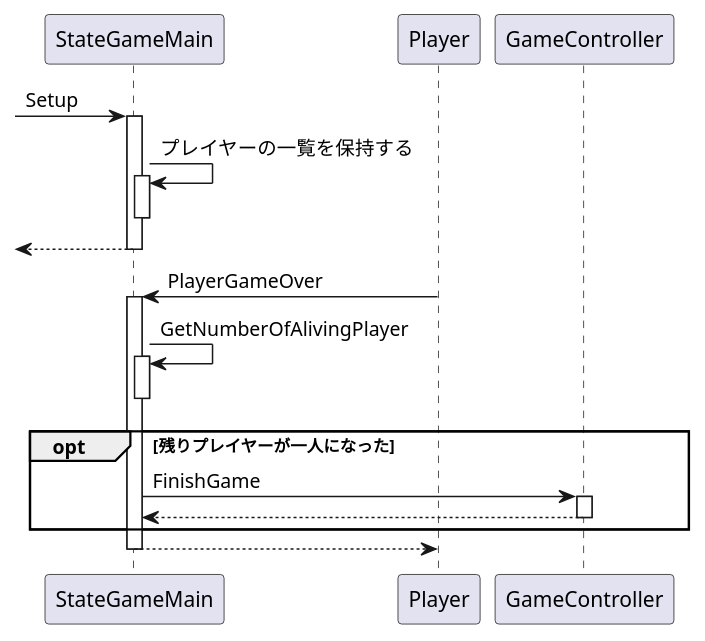
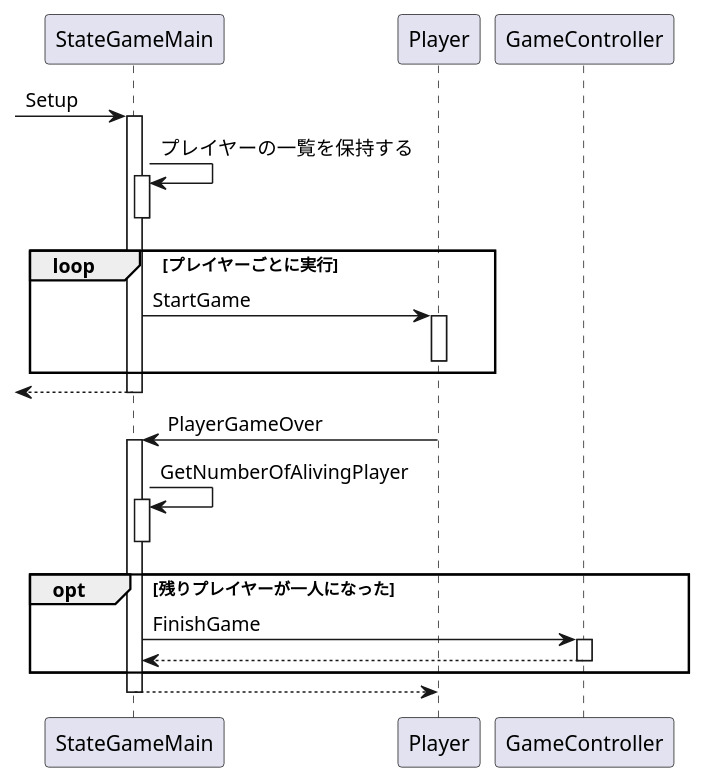
Before and after one commit to azarashin/UnityTetris: the diagram in Documents/PlantUML/SD_StateGameMain.pu, drawn with PlantUML. The commit also changed 7 other files, not shown here.

Commit message:
設計図を更新・修正。

```diff
--- a/Documents/PlantUML/SD_StateGameMain.pu
+++ b/Documents/PlantUML/SD_StateGameMain.pu
@@ -1,26 +1,31 @@
 @startuml
 
 
 [-> StateGameMain : Setup
 activate StateGameMain
     StateGameMain -> StateGameMain : プレイヤーの一覧を保持する
     activate StateGameMain
     deactivate StateGameMain
+    loop プレイヤーごとに実行
+        StateGameMain -> Player : StartGame
+        activate Player
+        deactivate Player
+    end
     [<-- StateGameMain
 deactivate StateGameMain
 
 Player -> StateGameMain : PlayerGameOver
 activate StateGameMain
     StateGameMain -> StateGameMain : GetNumberOfAlivingPlayer
     activate StateGameMain
     deactivate StateGameMain
     opt 残りプレイヤーが一人になった
         StateGameMain -> GameController : FinishGame
         activate GameController
             StateGameMain <-- GameController
         deactivate GameController
     end
     Player <-- StateGameMain
 deactivate StateGameMain
 
 @enduml
```
